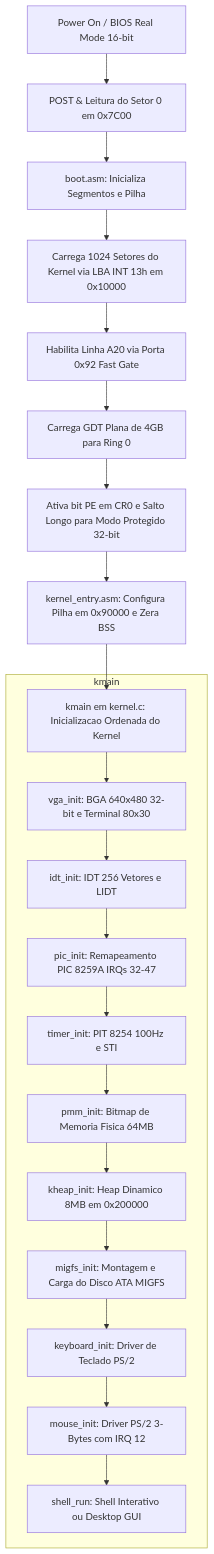
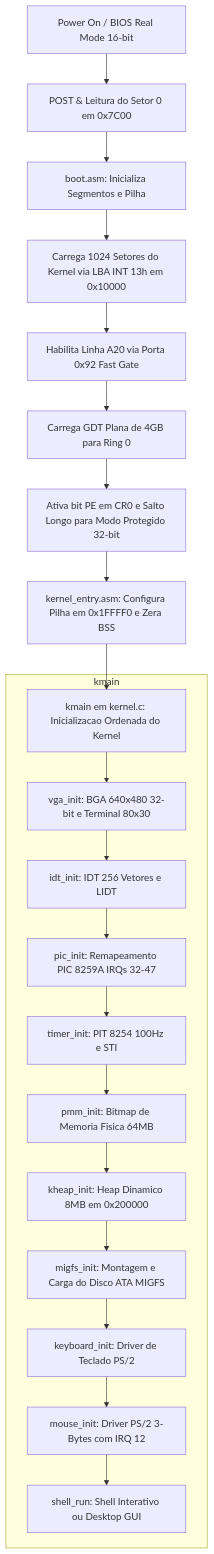
One commit to miguelGoncalvss/MigSO changed the seventh of 11 diagrams in README.md. Above: the diagram before and after it, drawn with Mermaid. The commit also changed other lines of this file and 24 other files, not shown here.

````diff
--- a/README.md
+++ b/README.md
@@ -667,24 +983,24 @@
 ```mermaid
 flowchart TD
     A[Power On / BIOS Real Mode 16-bit] --> B[POST & Leitura do Setor 0 em 0x7C00]
     B --> C[boot.asm: Inicializa Segmentos e Pilha]
     C --> D[Carrega 1024 Setores do Kernel via LBA INT 13h em 0x10000]
     D --> E[Habilita Linha A20 via Porta 0x92 Fast Gate]
     E --> F[Carrega GDT Plana de 4GB para Ring 0]
     F --> G[Ativa bit PE em CR0 e Salto Longo para Modo Protegido 32-bit]
-    G --> H[kernel_entry.asm: Configura Pilha em 0x90000 e Zera BSS]
+    G --> H[kernel_entry.asm: Configura Pilha em 0x1FFFF0 e Zera BSS]
     H --> I[kmain em kernel.c: Inicializacao Ordenada do Kernel]
     
     subgraph Inicializacao do Kernel [kmain]
         I --> J1[vga_init: BGA 640x480 32-bit e Terminal 80x30]
         J1 --> J2[idt_init: IDT 256 Vetores e LIDT]
         J2 --> J3[pic_init: Remapeamento PIC 8259A IRQs 32-47]
         J3 --> J4[timer_init: PIT 8254 100Hz e STI]
         J4 --> J5[pmm_init: Bitmap de Memoria Fisica 64MB]
         J5 --> J6[kheap_init: Heap Dinamico 8MB em 0x200000]
         J6 --> J7[migfs_init: Montagem e Carga do Disco ATA MIGFS]
         J7 --> J8[keyboard_init: Driver de Teclado PS/2]
         J8 --> J9[mouse_init: Driver PS/2 3-Bytes com IRQ 12]
         J9 --> J10[shell_run: Shell Interativo ou Desktop GUI]
     end
 ```
````
